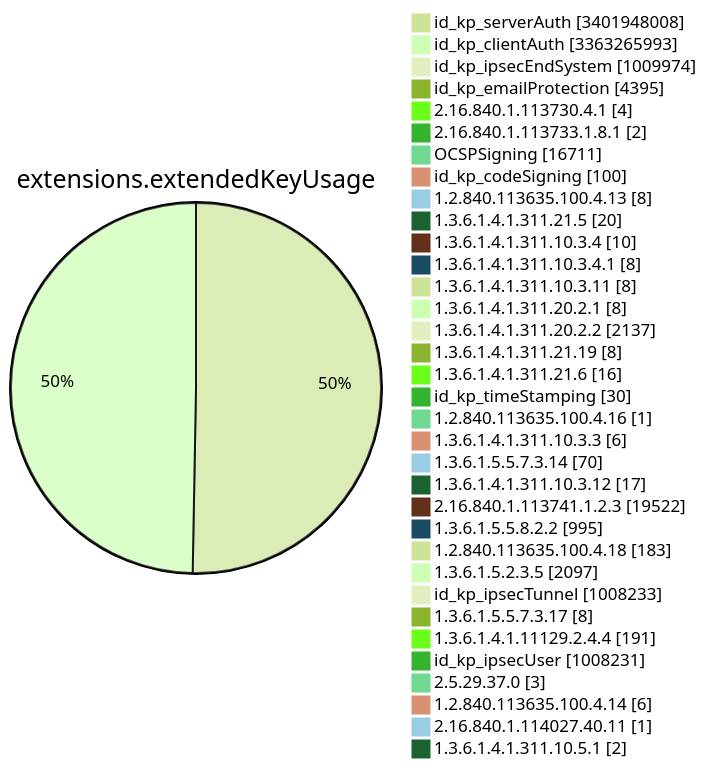
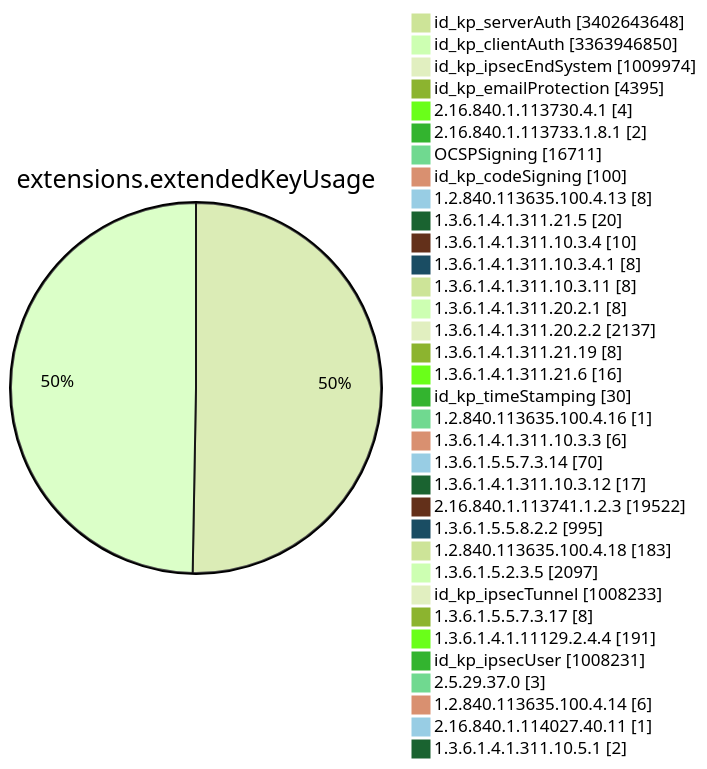
Diagram 11 of 15 in TOTAL/README.md (christiankrug/ctmonitor_visualization), drawn with Mermaid (forest theme) before and after one commit. The commit also changed other lines of this file, not shown here.

````diff
--- a/TOTAL/README.md
+++ b/TOTAL/README.md
@@ -4121,38 +4121,38 @@
 ```mermaid
 pie showData
 title extensions.extendedKeyUsage
-"id_kp_serverAuth" :3401948008
-"id_kp_clientAuth" :3363265993
+"id_kp_serverAuth" :3402643648
+"id_kp_clientAuth" :3363946850
 "id_kp_ipsecEndSystem" :1009974
 "id_kp_emailProtection" :4395
 "2.16.840.1.113730.4.1" :4
 "2.16.840.1.113733.1.8.1" :2
 "OCSPSigning" :16711
 "id_kp_codeSigning" :100
 "1.2.840.113635.100.4.13" :8
 "1.3.6.1.4.1.311.21.5" :20
 "1.3.6.1.4.1.311.10.3.4" :10
 "1.3.6.1.4.1.311.10.3.4.1" :8
 "1.3.6.1.4.1.311.10.3.11" :8
 "1.3.6.1.4.1.311.20.2.1" :8
 "1.3.6.1.4.1.311.20.2.2" :2137
 "1.3.6.1.4.1.311.21.19" :8
 "1.3.6.1.4.1.311.21.6" :16
 "id_kp_timeStamping" :30
 "1.2.840.113635.100.4.16" :1
 "1.3.6.1.4.1.311.10.3.3" :6
 "1.3.6.1.5.5.7.3.14" :70
 "1.3.6.1.4.1.311.10.3.12" :17
 "2.16.840.1.113741.1.2.3" :19522
 "1.3.6.1.5.5.8.2.2" :995
 "1.2.840.113635.100.4.18" :183
 "1.3.6.1.5.2.3.5" :2097
 "id_kp_ipsecTunnel" :1008233
 "1.3.6.1.5.5.7.3.17" :8
 "1.3.6.1.4.1.11129.2.4.4" :191
 "id_kp_ipsecUser" :1008231
 "2.5.29.37.0" :3
 "1.2.840.113635.100.4.14" :6
 "2.16.840.1.114027.40.11" :1
 "1.3.6.1.4.1.311.10.5.1" :2
 ```
````
